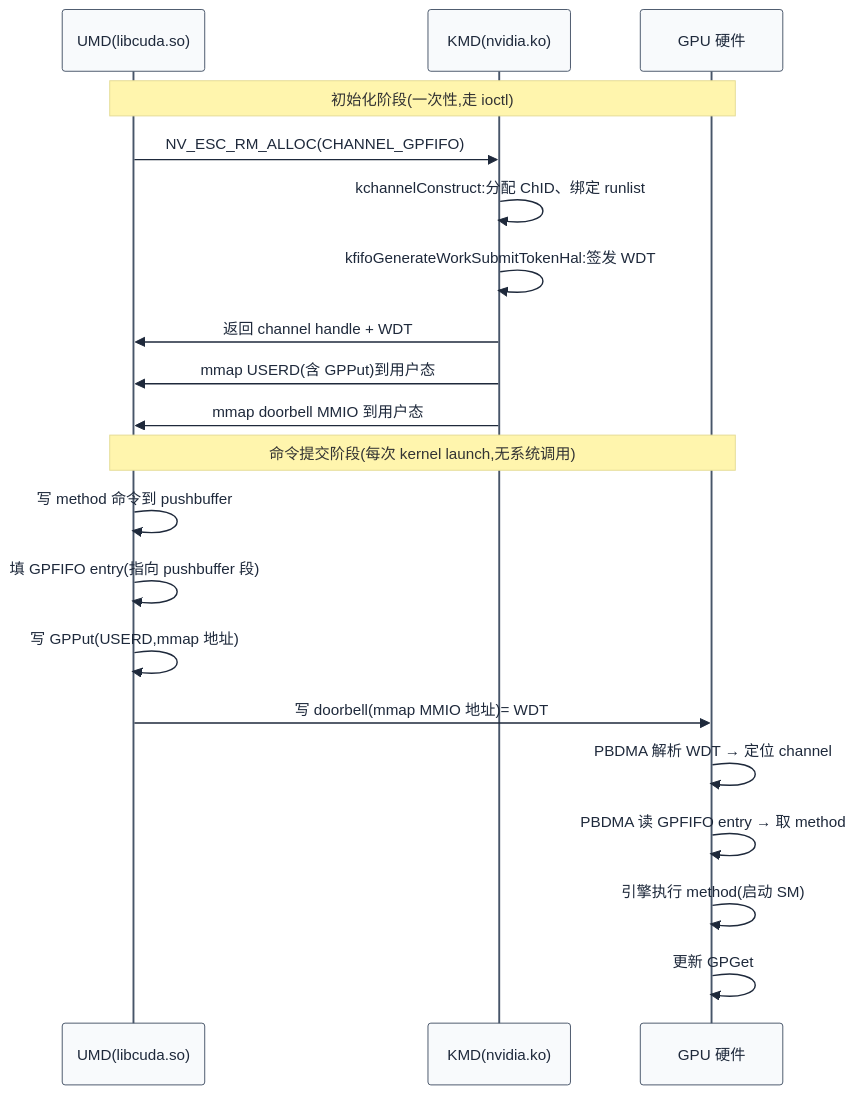
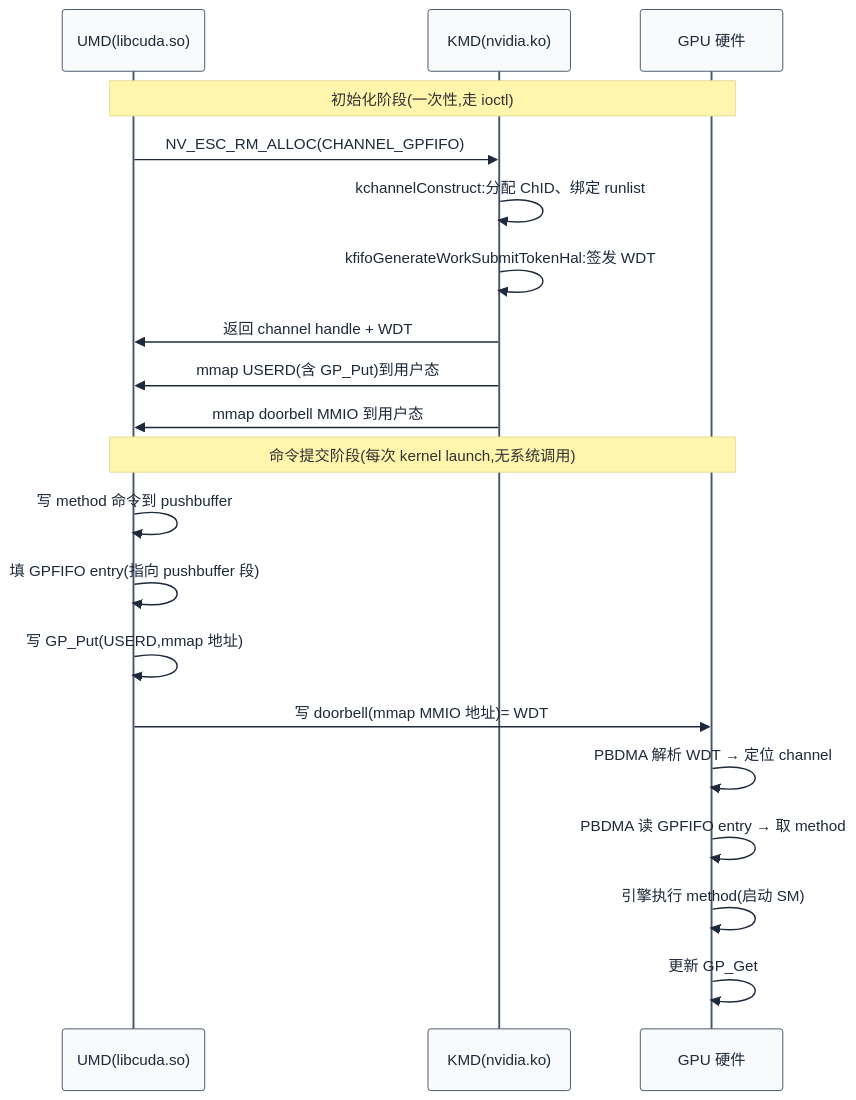
Before and after one commit to swjtuer326/cs-learning-notes: the third of 3 diagrams in nvidia-kmd/05-命令提交channel与GPFIFO.md, drawn with Mermaid. The commit also changed other lines of this file and 4 other files, not shown here.

````diff
--- a/nvidia-kmd/05-命令提交channel与GPFIFO.md
+++ b/nvidia-kmd/05-命令提交channel与GPFIFO.md
@@ -515,25 +516,25 @@
 ```mermaid
 %%{init: {"theme": "base", "themeVariables": {"primaryColor": "#f8fafc", "primaryTextColor": "#1e293b", "primaryBorderColor": "#475569", "lineColor": "#64748b", "secondaryColor": "#f1f5f9", "secondaryBorderColor": "#94a3b8", "tertiaryColor": "#f8fafc", "fontFamily": "\"trebuchet ms\", verdana, arial, sans-serif"}}}%%
 sequenceDiagram
     participant U as UMD(libcuda.so)
     participant K as KMD(nvidia.ko)
     participant HW as GPU 硬件
 
     Note over U,HW: 初始化阶段(一次性,走 ioctl)
     U->>K: NV_ESC_RM_ALLOC(CHANNEL_GPFIFO)
     K->>K: kchannelConstruct:分配 ChID、绑定 runlist
     K->>K: kfifoGenerateWorkSubmitTokenHal:签发 WDT
     K->>U: 返回 channel handle + WDT
-    K->>U: mmap USERD(含 GPPut)到用户态
+    K->>U: mmap USERD(含 GP_Put)到用户态
     K->>U: mmap doorbell MMIO 到用户态
 
     Note over U,HW: 命令提交阶段(每次 kernel launch,无系统调用)
     U->>U: 写 method 命令到 pushbuffer
     U->>U: 填 GPFIFO entry(指向 pushbuffer 段)
-    U->>U: 写 GPPut(USERD,mmap 地址)
+    U->>U: 写 GP_Put(USERD,mmap 地址)
     U->>HW: 写 doorbell(mmap MMIO 地址)= WDT
     HW->>HW: PBDMA 解析 WDT → 定位 channel
     HW->>HW: PBDMA 读 GPFIFO entry → 取 method
     HW->>HW: 引擎执行 method(启动 SM)
-    HW->>HW: 更新 GPGet
+    HW->>HW: 更新 GP_Get
 ```
````
